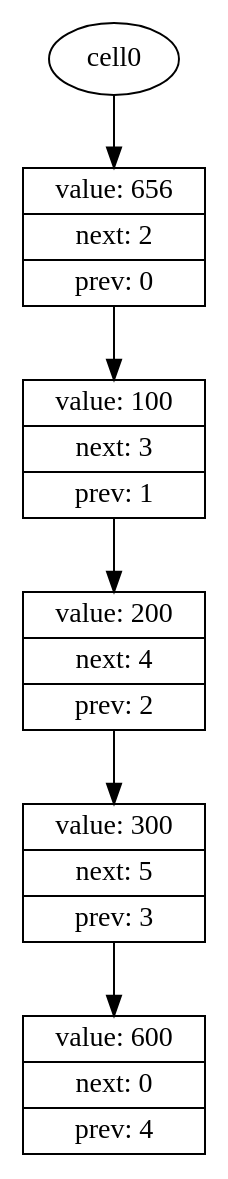
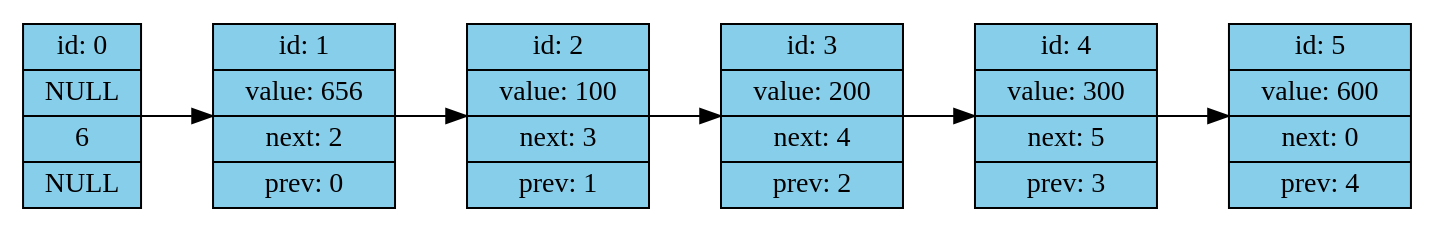
Before and after one commit to Troll0ton/List: the diagram in dump/list_graph.dot, drawn with Graphviz. The commit also changed 19 other files, not shown here.

Commit message:
reducted graph

```diff
--- a/dump/list_graph.dot
+++ b/dump/list_graph.dot
@@ -1,9 +1,10 @@
 digraph structs {
-  rankdir=HR;    
-  cell1 [shape=record,label=" { value:   656 | next:     2 | prev:     0}" ];
-  cell2 [shape=record,label=" { value:   100 | next:     3 | prev:     1}" ];
-  cell3 [shape=record,label=" { value:   200 | next:     4 | prev:     2}" ];
-  cell4 [shape=record,label=" { value:   300 | next:     5 | prev:     3}" ];
-  cell5 [shape=record,label=" { value:   600 | next:     0 | prev:     4}" ];
+  rankdir=LR;    
+cell0 [style= "filled" , color= "black", fillcolor= "skyblue", shape=record,label=" id: 0 | NULL | 6 | NULL " ];
+  cell1 [style= "filled" , color= "black", fillcolor= "skyblue", shape=record,label=" id: 1 | value:   656 | next:     2 | prev:     0" ];
+  cell2 [style= "filled" , color= "black", fillcolor= "skyblue", shape=record,label=" id: 2 | value:   100 | next:     3 | prev:     1" ];
+  cell3 [style= "filled" , color= "black", fillcolor= "skyblue", shape=record,label=" id: 3 | value:   200 | next:     4 | prev:     2" ];
+  cell4 [style= "filled" , color= "black", fillcolor= "skyblue", shape=record,label=" id: 4 | value:   300 | next:     5 | prev:     3" ];
+  cell5 [style= "filled" , color= "black", fillcolor= "skyblue", shape=record,label=" id: 5 | value:   600 | next:     0 | prev:     4" ];
   cell0 -> cell1 -> cell2 -> cell3 -> cell4 -> cell5;
 }
```
